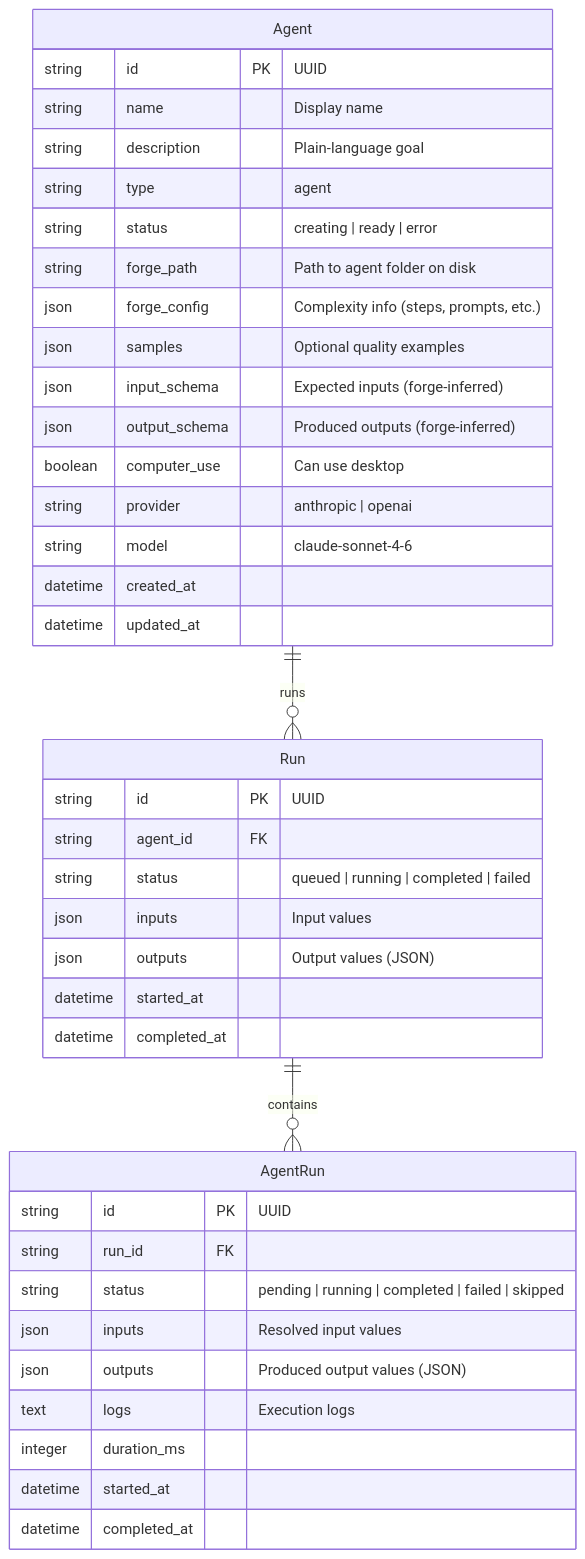
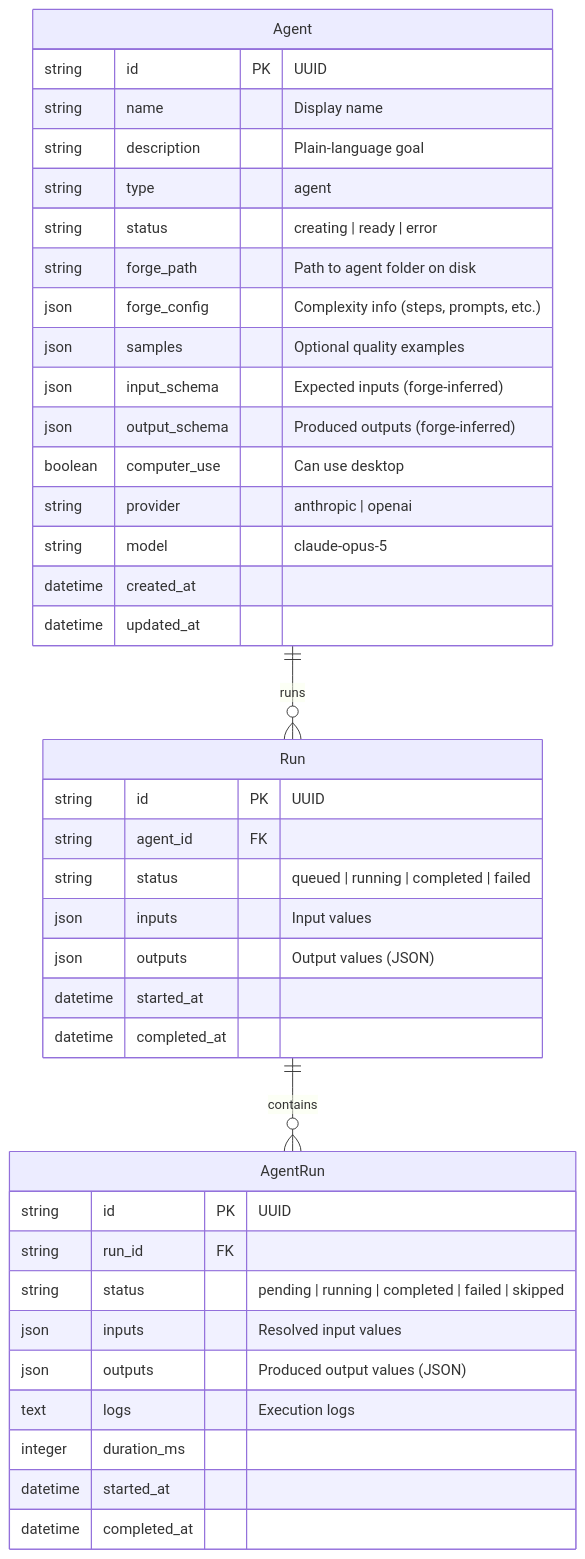
The fifth of 8 diagrams in api/docs/PHASE_A_AGENTS.md (MONTBRAIN/vadgr), drawn with Mermaid before and after one commit. The commit also changed other lines of this file and 13 other files, not shown here.

First line of the commit message:
chore: default to Claude Opus 5

````diff
--- a/api/docs/PHASE_A_AGENTS.md
+++ b/api/docs/PHASE_A_AGENTS.md
@@ -207,45 +207,45 @@
 ```mermaid
 erDiagram
     Agent {
         string id PK "UUID"
         string name "Display name"
         string description "Plain-language goal"
         string type "agent"
         string status "creating | ready | error"
         string forge_path "Path to agent folder on disk"
         json forge_config "Complexity info (steps, prompts, etc.)"
         json samples "Optional quality examples"
         json input_schema "Expected inputs (forge-inferred)"
         json output_schema "Produced outputs (forge-inferred)"
         boolean computer_use "Can use desktop"
         string provider "anthropic | openai"
-        string model "claude-sonnet-4-6"
+        string model "claude-opus-5"
         datetime created_at
         datetime updated_at
     }
 
     Run {
         string id PK "UUID"
         string agent_id FK
         string status "queued | running | completed | failed"
         json inputs "Input values"
         json outputs "Output values (JSON)"
         datetime started_at
         datetime completed_at
     }
 
     AgentRun {
         string id PK "UUID"
         string run_id FK
         string status "pending | running | completed | failed | skipped"
         json inputs "Resolved input values"
         json outputs "Produced output values (JSON)"
         text logs "Execution logs"
         integer duration_ms
         datetime started_at
         datetime completed_at
     }
 
     Agent ||--o{ Run : "runs"
     Run ||--o{ AgentRun : "contains"
 ```
````
